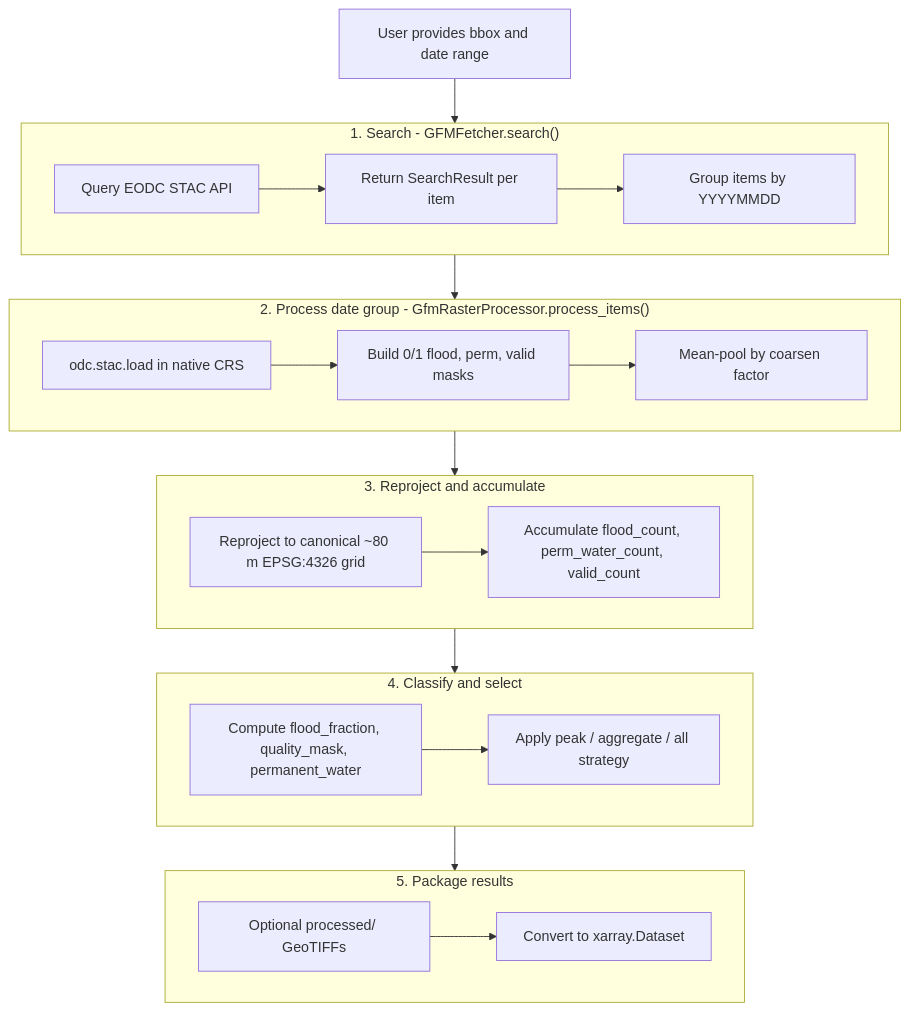
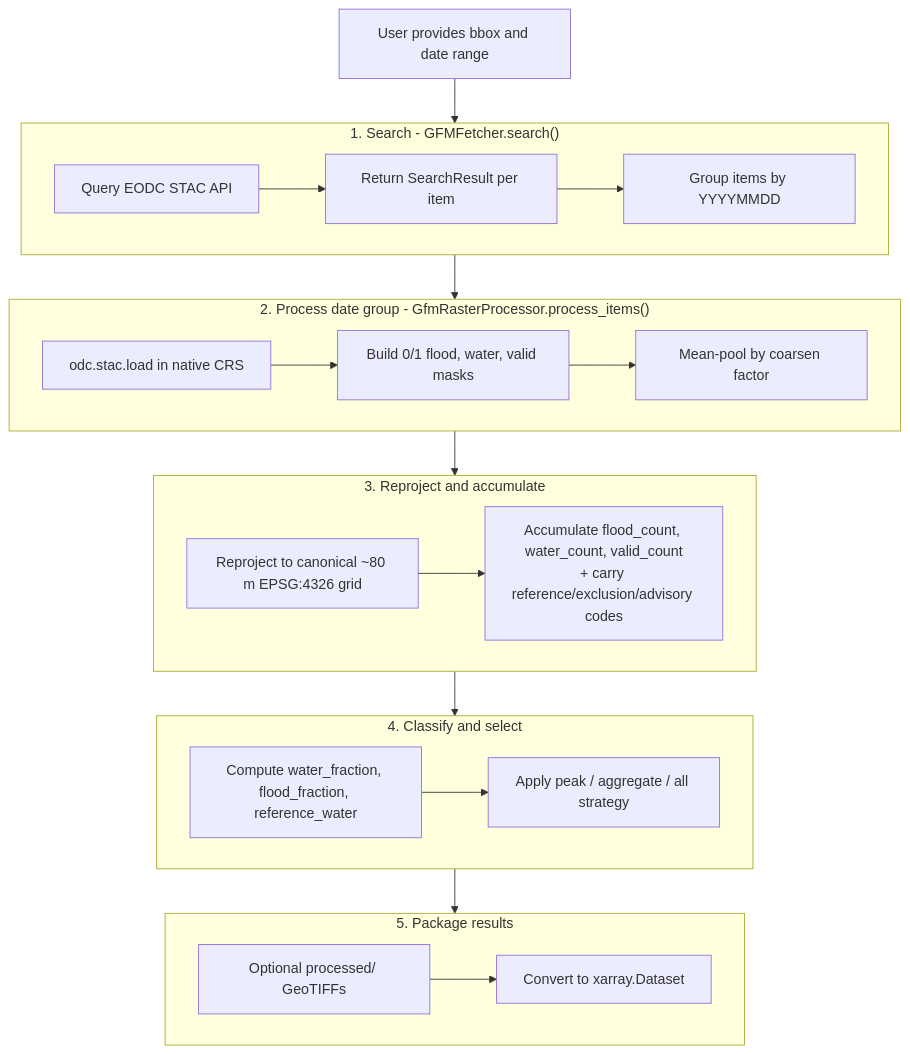
Before and after one commit to opageo/atlantis: the first of 2 diagrams in docs/gfm/internals.md, drawn with Mermaid. The commit also changed other lines of this file and 20 other files, not shown here.

First line of the commit message:
docs: update all documentation for layer rename, water_fraction, and GFM bands

````diff
--- a/docs/gfm/internals.md
+++ b/docs/gfm/internals.md
@@ -63,35 +64,35 @@
 ```mermaid
 flowchart TD
     A["User provides bbox and date range"] --> B
     subgraph B["1. Search - GFMFetcher.search()"]
         B1["Query EODC STAC API"]
         B2["Return SearchResult per item"]
         B3["Group items by YYYYMMDD"]
         B1 --> B2 --> B3
     end
     B --> C
     subgraph C["2. Process date group - GfmRasterProcessor.process_items()"]
         C1["odc.stac.load in native CRS"]
-        C2["Build 0/1 flood, perm, valid masks"]
+        C2["Build 0/1 flood, water, valid masks"]
         C3["Mean-pool by coarsen factor"]
         C1 --> C2 --> C3
     end
     C --> D
     subgraph D["3. Reproject and accumulate"]
         D1["Reproject to canonical ~80 m EPSG:4326 grid"]
-        D2["Accumulate flood_count, perm_water_count, valid_count"]
+        D2["Accumulate flood_count, water_count, valid_count\n+ carry reference/exclusion/advisory codes"]
         D1 --> D2
     end
     D --> E
     subgraph E["4. Classify and select"]
-        E1["Compute flood_fraction, quality_mask, permanent_water"]
+        E1["Compute water_fraction, flood_fraction, reference_water"]
         E2["Apply peak / aggregate / all strategy"]
         E1 --> E2
     end
     E --> F
     subgraph F["5. Package results"]
         F1["Optional processed/ GeoTIFFs"]
         F2["Convert to xarray.Dataset"]
         F1 --> F2
     end
 ```
````
